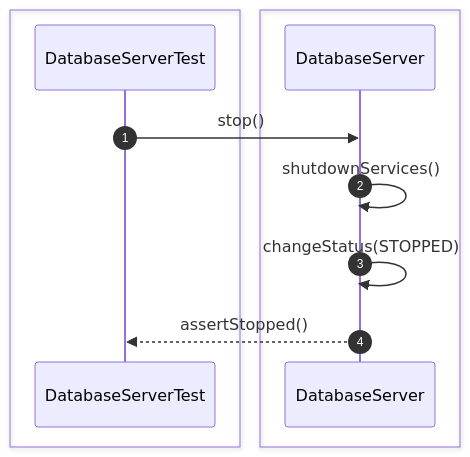
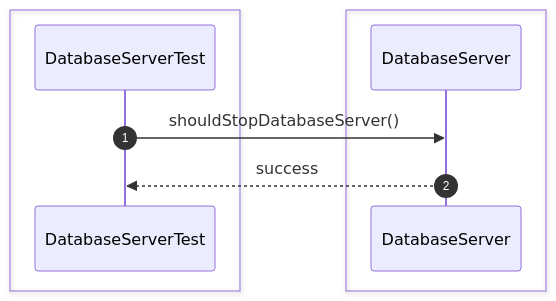
Before and after one commit to Huy1801214/dbms-architecture: the second of 44 diagrams in src/sequence/db-server.md, drawn with Mermaid. The commit also changed other lines of this file and 68 other files, not shown here.

Commit message:
implement comprehensive unit test suite and architectural sequence documentation

````diff
--- a/src/sequence/db-server.md
+++ b/src/sequence/db-server.md
@@ -24,16 +21,13 @@
 ```mermaid
 sequenceDiagram
     autonumber
-
     box #e1f5fe Test Suite
     participant Test as DatabaseServerTest
     end
-    box #e3f2fd Server Managers
-    participant Server as DatabaseServer
+    box #e3f2fd DatabaseServer Component
+    participant DS as DatabaseServer
     end
 
-    Test->>Server: stop()
-    Server->>Server: shutdownServices()
-    Server->>Server: changeStatus(STOPPED)
-    Server-->>Test: assertStopped()
+    Test->>DS: shouldStopDatabaseServer()
+    DS-->>Test: success
 ```
````
